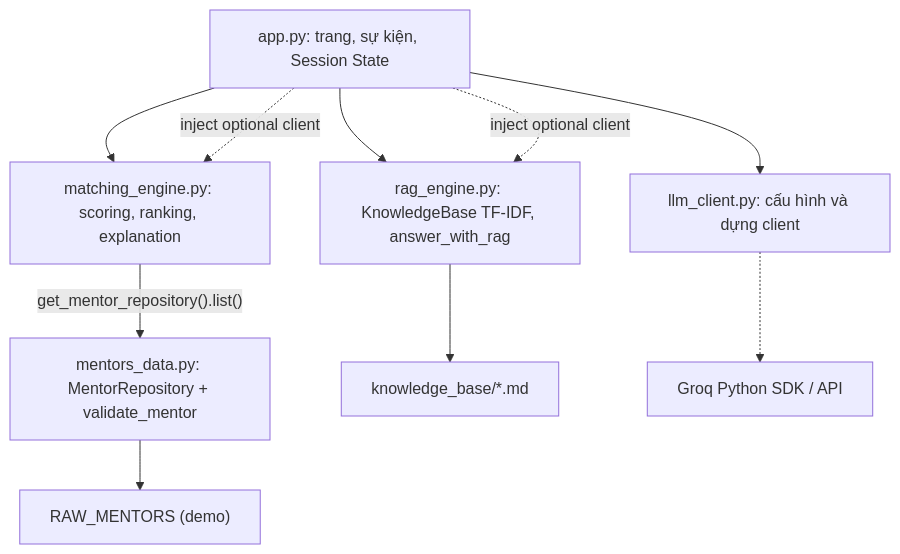
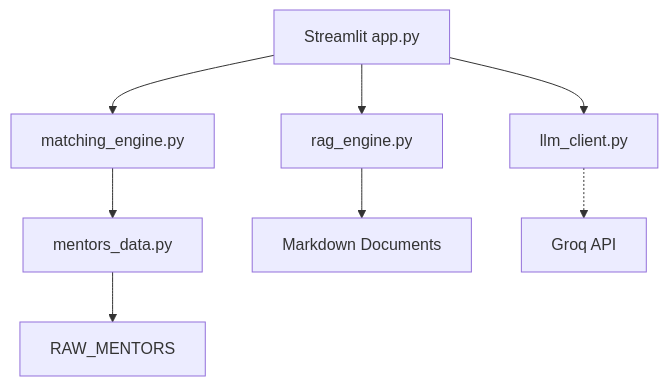
The third of 5 diagrams in docs/architecture.md (levanmanh268/cmc-ai-mentor-network), drawn with Mermaid before and after one commit. The commit also changed other lines of this file and 7 other files, not shown here.

First line of the commit message:
fix(docs): restore Mermaid preview compatibility and synchronize architecture

````diff
--- a/docs/architecture.md
+++ b/docs/architecture.md
@@ -82,20 +90,18 @@
 ```mermaid
 flowchart TD
-    UI["app.py: trang, sự kiện, Session State"]
-    CONFIG["llm_client.py: cấu hình và dựng client"]
-    KB["rag_engine.py: KnowledgeBase TF-IDF, answer_with_rag"]
-    MATCH["matching_engine.py: scoring, ranking, explanation"]
-    MR["mentors_data.py: MentorRepository + validate_mentor"]
-    MARKDOWN["knowledge_base/*.md"]
-    RAW["RAW_MENTORS (demo)"]
-    SDK["Groq Python SDK / API"]
+    UI[Streamlit app.py]
+    CONFIG[llm_client.py]
+    KB[rag_engine.py]
+    MATCH[matching_engine.py]
+    MR[mentors_data.py]
+    MARKDOWN[Markdown Documents]
+    RAW[RAW_MENTORS]
+    API[Groq API]
     UI --> CONFIG
     UI --> KB
     UI --> MATCH
-    MATCH -->|"get_mentor_repository().list()"| MR
+    MATCH --> MR
     MR --> RAW
     KB --> MARKDOWN
-    CONFIG -.-> SDK
-    UI -.->|"inject optional client"| KB
-    UI -.->|"inject optional client"| MATCH
+    CONFIG -.-> API
 ```
````
